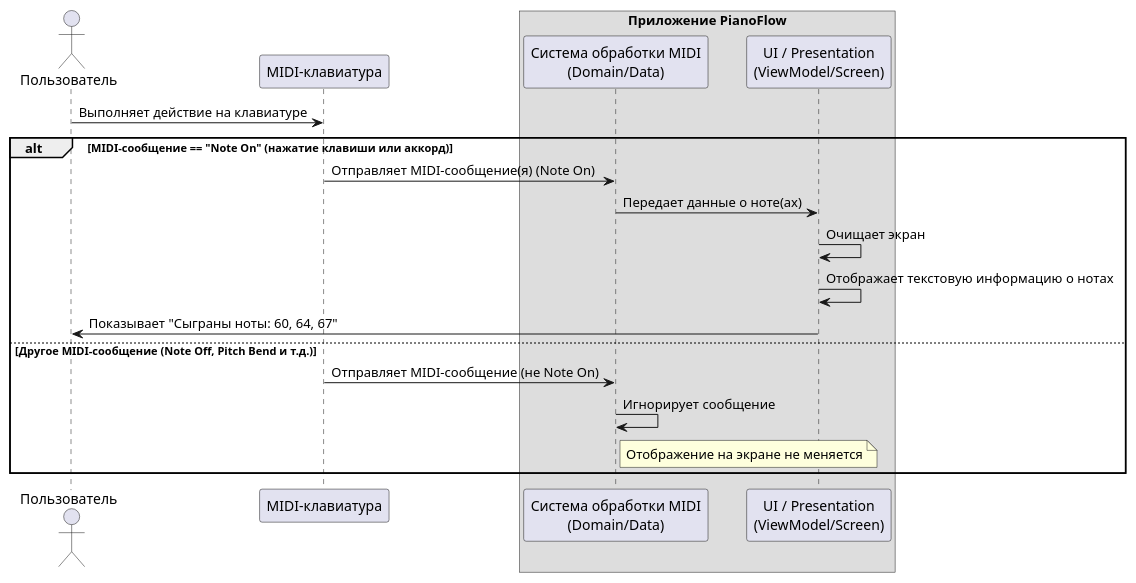
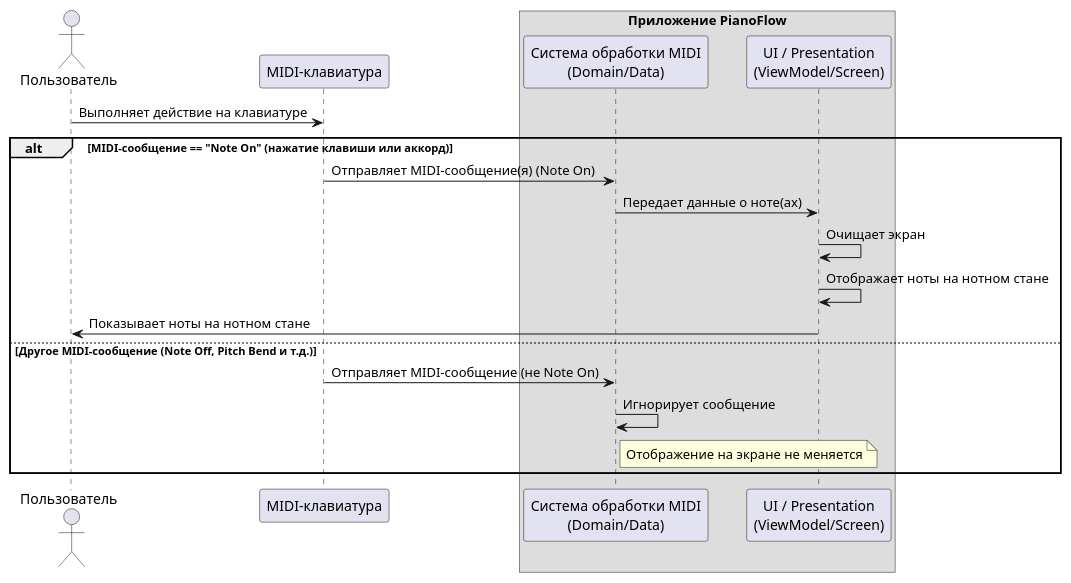
One commit to astrizhachuk/PianoFlow changed the second of 2 diagrams in docs/uc/MIDI_MESSAGE_PROCESSING.md. Above: the diagram before and after it, drawn with PlantUML. The commit also changed other lines of this file, not shown here.

````diff
--- a/docs/uc/MIDI_MESSAGE_PROCESSING.md
+++ b/docs/uc/MIDI_MESSAGE_PROCESSING.md
@@ -89,29 +87,29 @@
 ```plantuml
 @startuml
 actor Пользователь as User
 participant "MIDI-клавиатура" as Keyboard
 box "Приложение PianoFlow"
   participant "Система обработки MIDI\n(Domain/Data)" as MidiProcessor
   participant "UI / Presentation\n(ViewModel/Screen)" as UI
 end box
 
 User -> Keyboard : Выполняет действие на клавиатуре
 
 alt MIDI-сообщение == "Note On" (нажатие клавиши или аккорд)
 
     Keyboard -> MidiProcessor : Отправляет MIDI-сообщение(я) (Note On)
     MidiProcessor -> UI : Передает данные о ноте(ах)
     UI -> UI : Очищает экран
-    UI -> UI : Отображает текстовую информацию о нотах
-    UI -> User : Показывает "Сыграны ноты: 60, 64, 67"
+    UI -> UI : Отображает ноты на нотном стане
+    UI -> User : Показывает ноты на нотном стане
 
 else Другое MIDI-сообщение (Note Off, Pitch Bend и т.д.)
 
     Keyboard -> MidiProcessor : Отправляет MIDI-сообщение (не Note On)
     MidiProcessor -> MidiProcessor : Игнорирует сообщение
     note right of MidiProcessor: Отображение на экране не меняется
 
 end
 
 @enduml
 ```
````
